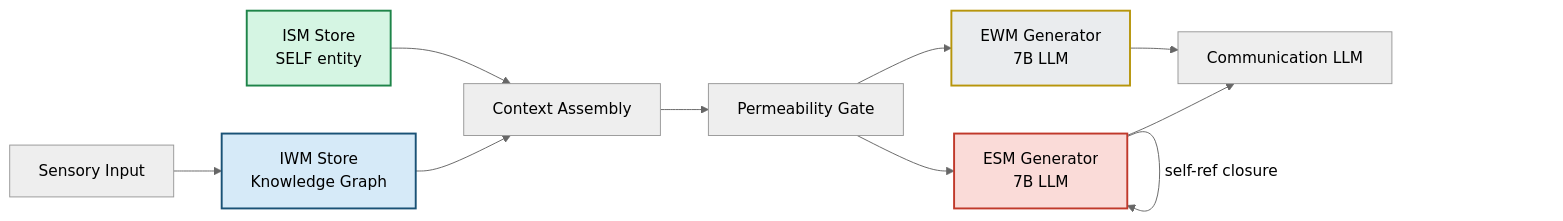
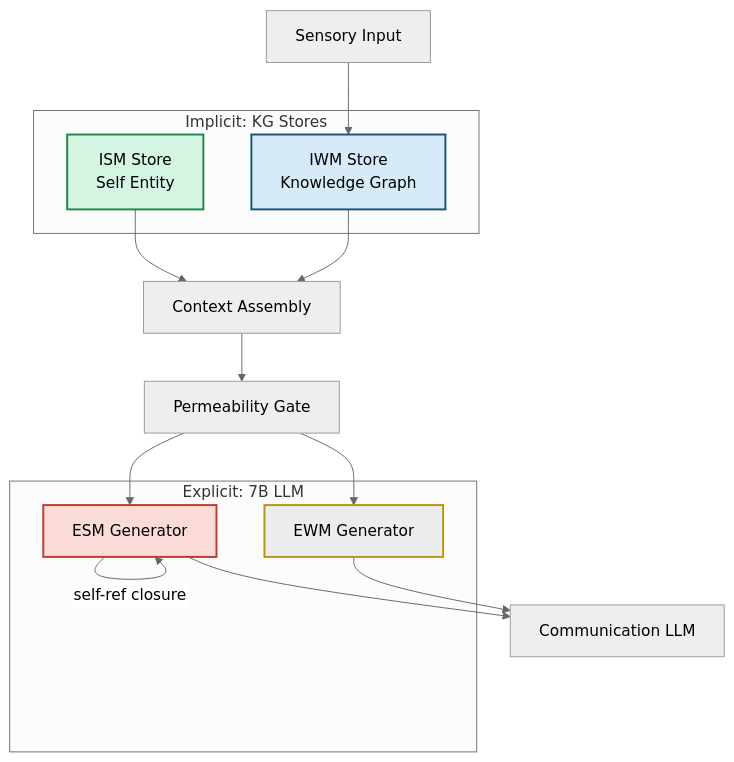
Before and after one commit to JeltzProstetnic/aIware: the diagram in docs/engineering/designs/pdf/mmd/design-06-simple.mmd, drawn with Mermaid (neutral theme). The commit also changed 52 other files, not shown here.

First line of the commit message:
Session 129: AIW-15 diagram redesign (all 16 AC designs)

```diff
--- a/docs/engineering/designs/pdf/mmd/design-06-simple.mmd
+++ b/docs/engineering/designs/pdf/mmd/design-06-simple.mmd
@@ -1,14 +1,22 @@
-graph LR
-    SENS[Sensory Input] --> IWM[IWM Store<br/>Knowledge Graph]
-    ISM[ISM Store<br/>SELF entity] --> CTX[Context Assembly]
-    IWM --> CTX
-    CTX --> PERM[Permeability Gate]
-    PERM --> EWM[EWM Generator<br/>7B LLM]
-    PERM --> ESM[ESM Generator<br/>7B LLM]
+graph TD
+    SENS[Sensory Input] --> IWM
+    subgraph IMPL["Implicit: KG Stores"]
+        IWM["IWM Store<br/>Knowledge Graph"]
+        ISM["ISM Store<br/>Self Entity"]
+    end
+    IWM --> CTX["Context Assembly"]
+    ISM --> CTX
+    CTX --> PERM["Permeability Gate"]
+    PERM --> EWM
+    PERM --> ESM
+    subgraph EXPL["Explicit: 7B LLM"]
+        EWM["EWM Generator"]
+        ESM["ESM Generator"]
+    end
     ESM -->|self-ref closure| ESM
     EWM --> COMM[Communication LLM]
     ESM --> COMM
     style IWM fill:#D6EAF8,stroke:#1A5276,stroke-width:2px
     style ISM fill:#D5F5E3,stroke:#1E8449,stroke-width:2px
     style EWM fill:#EAECEE,stroke:#B7950B,stroke-width:2px
     style ESM fill:#FADBD8,stroke:#C0392B,stroke-width:2px
```
